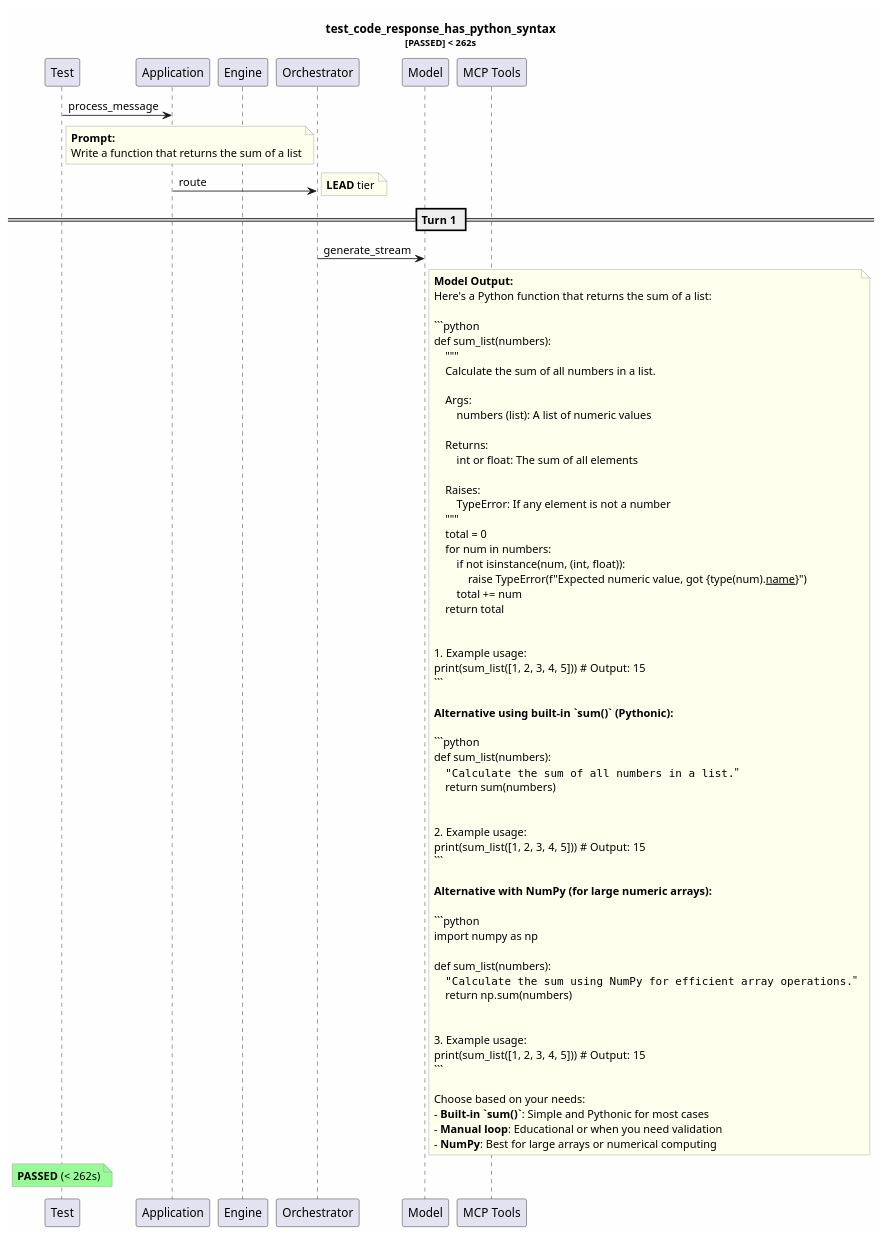
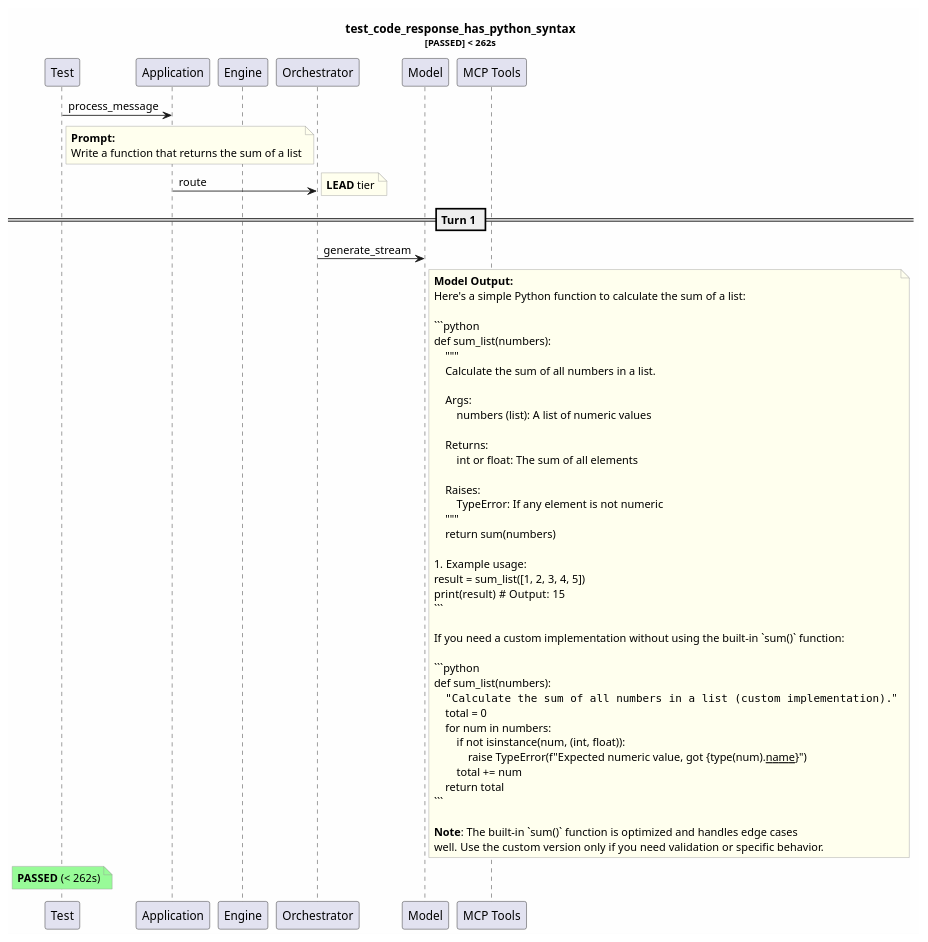
The diagram in test-reports/logs/test_code_response_has_python_syntax/test_code_response_has_python_syntax.puml (tvanfossen/entropic), drawn with PlantUML before and after one commit. The commit also changed 11 other files, not shown here.

````diff
--- a/test-reports/logs/test_code_response_has_python_syntax/test_code_response_has_python_syntax.puml
+++ b/test-reports/logs/test_code_response_has_python_syntax/test_code_response_has_python_syntax.puml
@@ -1,88 +1,68 @@
 @startuml
 skinparam backgroundColor #FEFEFE
 skinparam noteBorderColor #999999
 skinparam noteBackgroundColor #FFFFEE
 title test_code_response_has_python_syntax\n<size:11>[PASSED] < 262s</size>
 
 participant "Test" as T
 participant "Application" as App
 participant "Engine" as Eng
 participant "Orchestrator" as Orch
 participant "Model" as Mdl
 participant "MCP Tools" as MCP
 
 T -> App: process_message
 note right of T
   **Prompt:**
   Write a function that returns the sum of a list
 end note
 App -> Orch: route
 note right: **LEAD** tier
 == Turn 1 ==
 Orch -> Mdl: generate_stream
 note right of Mdl
   **Model Output:**
-  Here's a Python function that returns the sum of a list:
+  Here's a simple Python function to calculate the sum of a list:
   
   ```python
   def sum_list(numbers):
       """
       Calculate the sum of all numbers in a list.
       
       Args:
           numbers (list): A list of numeric values
           
       Returns:
           int or float: The sum of all elements
           
       Raises:
-          TypeError: If any element is not a number
+          TypeError: If any element is not numeric
       """
+      return sum(numbers)
+  
+  # Example usage:
+  result = sum_list([1, 2, 3, 4, 5])
+  print(result)  # Output: 15
+  ```
+  
+  If you need a custom implementation without using the built-in `sum()` function:
+  
+  ```python
+  def sum_list(numbers):
+      """Calculate the sum of all numbers in a list (custom implementation)."""
       total = 0
       for num in numbers:
           if not isinstance(num, (int, float)):
               raise TypeError(f"Expected numeric value, got {type(num).__name__}")
           total += num
       return total
-  
-  
-  # Example usage:
-  print(sum_list([1, 2, 3, 4, 5]))  # Output: 15
   ```
   
-  **Alternative using built-in `sum()` (Pythonic):**
-  
-  ```python
-  def sum_list(numbers):
-      """Calculate the sum of all numbers in a list."""
-      return sum(numbers)
-  
-  
-  # Example usage:
-  print(sum_list([1, 2, 3, 4, 5]))  # Output: 15
-  ```
-  
-  **Alternative with NumPy (for large numeric arrays):**
-  
-  ```python
-  import numpy as np
-  
-  def sum_list(numbers):
-      """Calculate the sum using NumPy for efficient array operations."""
-      return np.sum(numbers)
-  
-  
-  # Example usage:
-  print(sum_list([1, 2, 3, 4, 5]))  # Output: 15
-  ```
-  
-  Choose based on your needs:
-  - **Built-in `sum()`**: Simple and Pythonic for most cases
-  - **Manual loop**: Educational or when you need validation
-  - **NumPy**: Best for large arrays or numerical computing
+  **Note**: The built-in `sum()` function is optimized and handles edge cases 
+  well. Use the custom version only if you need validation or specific behavior.
 end note
 note over T #palegreen
   **PASSED** (< 262s)
 end note
 
 @enduml
````
